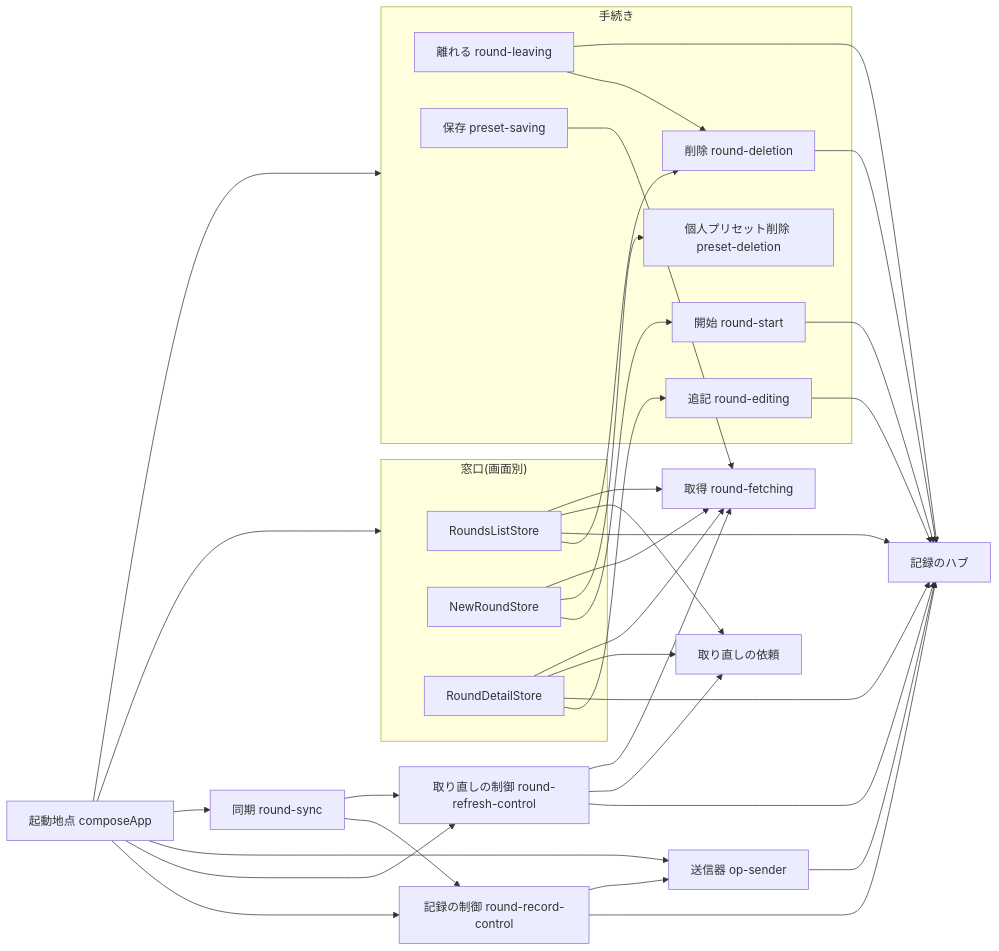
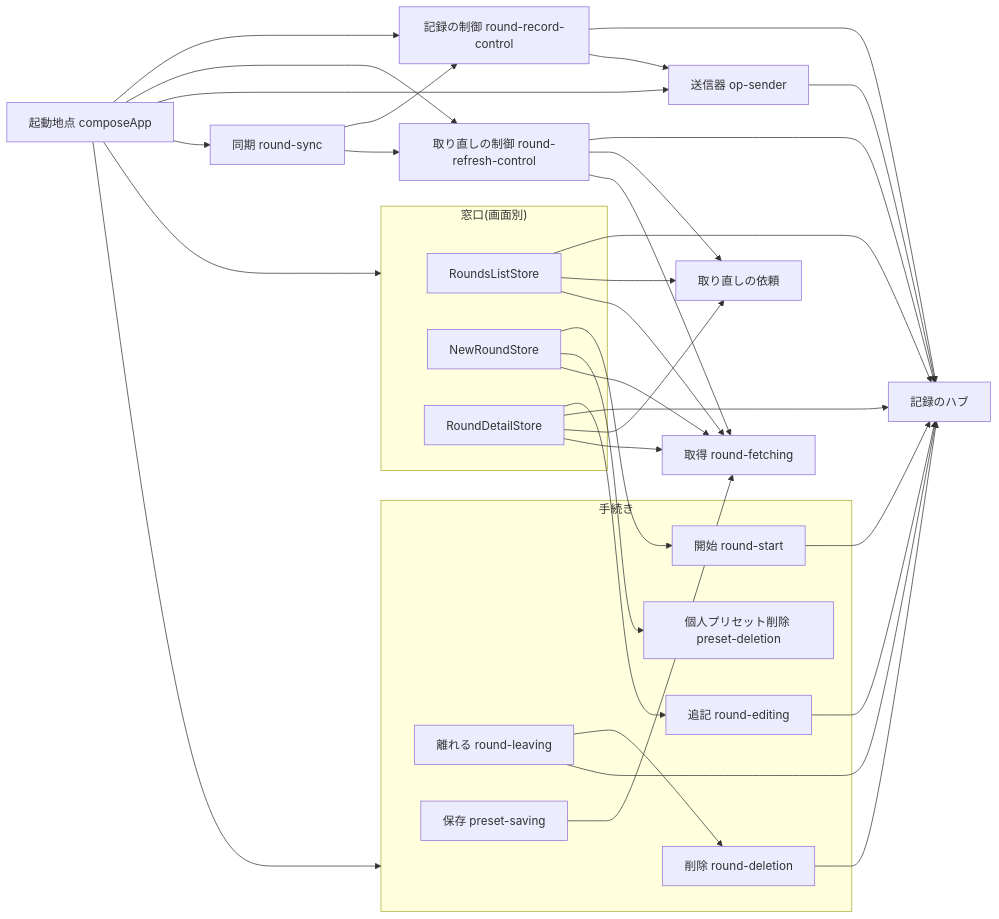
The diagram in docs/features/rounds/design.md (yukiyamasaki6/aims), drawn with Mermaid before and after one commit. The commit also changed other lines of this file and 91 other files, not shown here.

````diff
--- a/docs/features/rounds/design.md
+++ b/docs/features/rounds/design.md
@@ -14,55 +14,54 @@
 ```mermaid
 flowchart LR
   compose["起動地点 composeApp"]
   subgraph stores["窓口(画面別)"]
     list["RoundsListStore"]
     newRound["NewRoundStore"]
     detail["RoundDetailStore"]
   end
   subgraph procedures["手続き"]
     deletion["削除 round-deletion"]
     leaving["離れる round-leaving"]
     start["開始 round-start"]
     presetDeletion["個人プリセット削除 preset-deletion"]
     presetSaving["保存 preset-saving"]
     editing["追記 round-editing"]
   end
   hub["記録のハブ"]
   requests["取り直しの依頼"]
   fetching["取得 round-fetching"]
   control["記録の制御 round-record-control"]
   refreshControl["取り直しの制御 round-refresh-control"]
   sender["送信器 op-sender"]
   sync["同期 round-sync"]
   compose --> stores
   compose --> procedures
   compose --> control
   compose --> refreshControl
   compose --> sender
   compose --> sync
-  list --> deletion
   list --> hub
   list --> requests
   list --> fetching
   newRound --> start
   newRound --> presetDeletion
   newRound --> fetching
   detail --> editing
   detail --> hub
   detail --> requests
   detail --> fetching
   leaving --> deletion
   leaving --> hub
   deletion --> hub
   start --> hub
   editing --> hub
   presetSaving --> fetching
   control --> hub
   control --> sender
   sender --> hub
   refreshControl --> hub
   refreshControl --> requests
   refreshControl --> fetching
   sync --> control
   sync --> refreshControl
 ```
````
